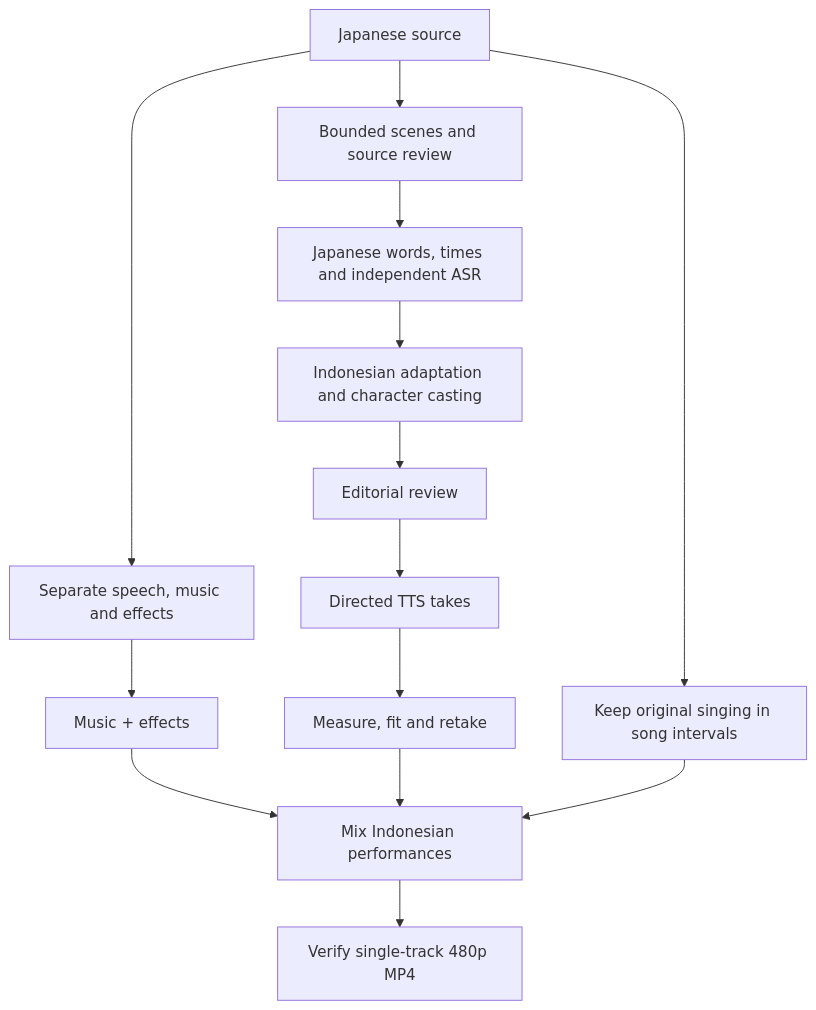
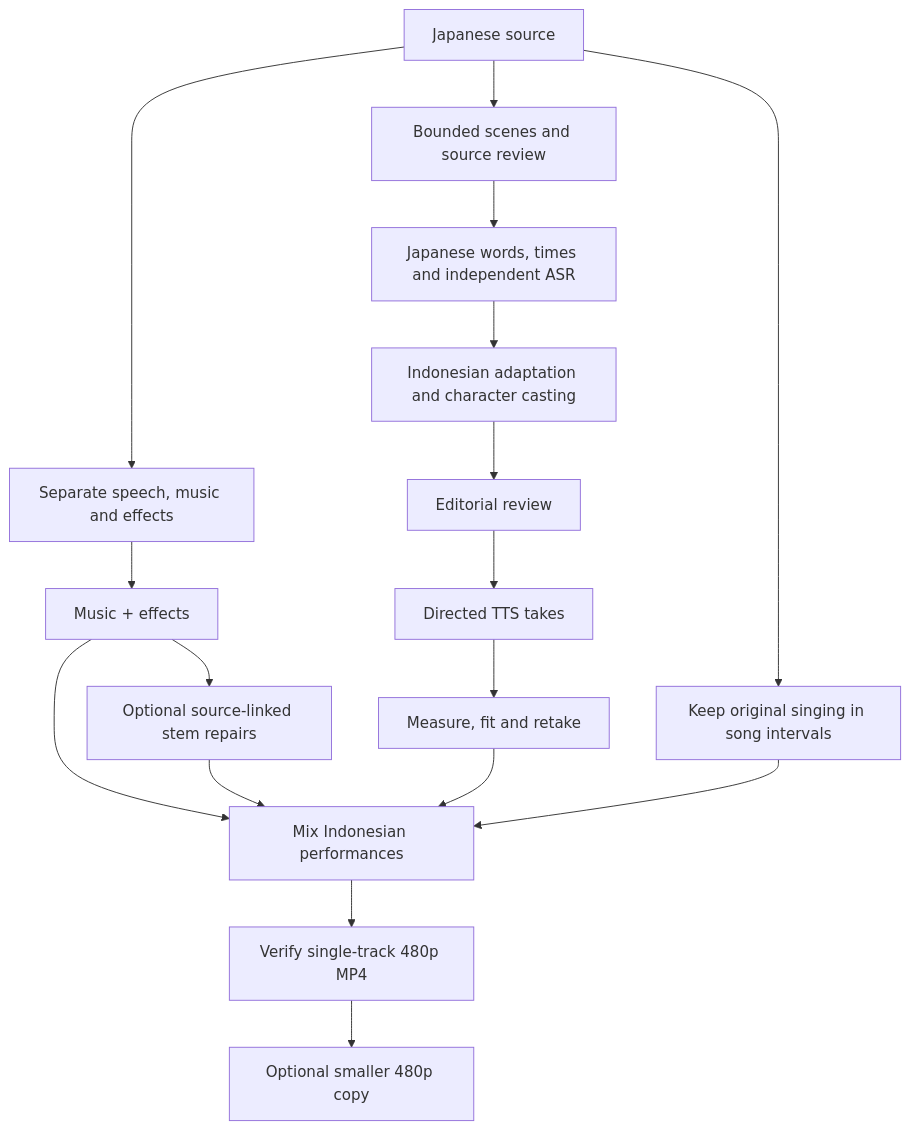
One commit to asfarsadewa/jp-id-dubber changed the diagram in README.md. Above: the diagram before and after it, drawn with Mermaid. The commit also changed other lines of this file and 22 other files, not shown here.

````diff
--- a/README.md
+++ b/README.md
@@ -9,16 +9,19 @@
 ```mermaid
 flowchart TD
   A[Japanese source] --> B[Bounded scenes and source review]
   B --> C[Japanese words, times and independent ASR]
   C --> D[Indonesian adaptation and character casting]
   D --> E[Editorial review]
   E --> F[Directed TTS takes]
   F --> G[Measure, fit and retake]
   A --> H[Separate speech, music and effects]
   H --> I[Music + effects]
   I --> J[Mix Indonesian performances]
+  I --> R[Optional source-linked stem repairs]
+  R --> J
   G --> J
   A --> K[Keep original singing in song intervals]
   K --> J
   J --> L[Verify single-track 480p MP4]
+  L --> M[Optional smaller 480p copy]
 ```
````
